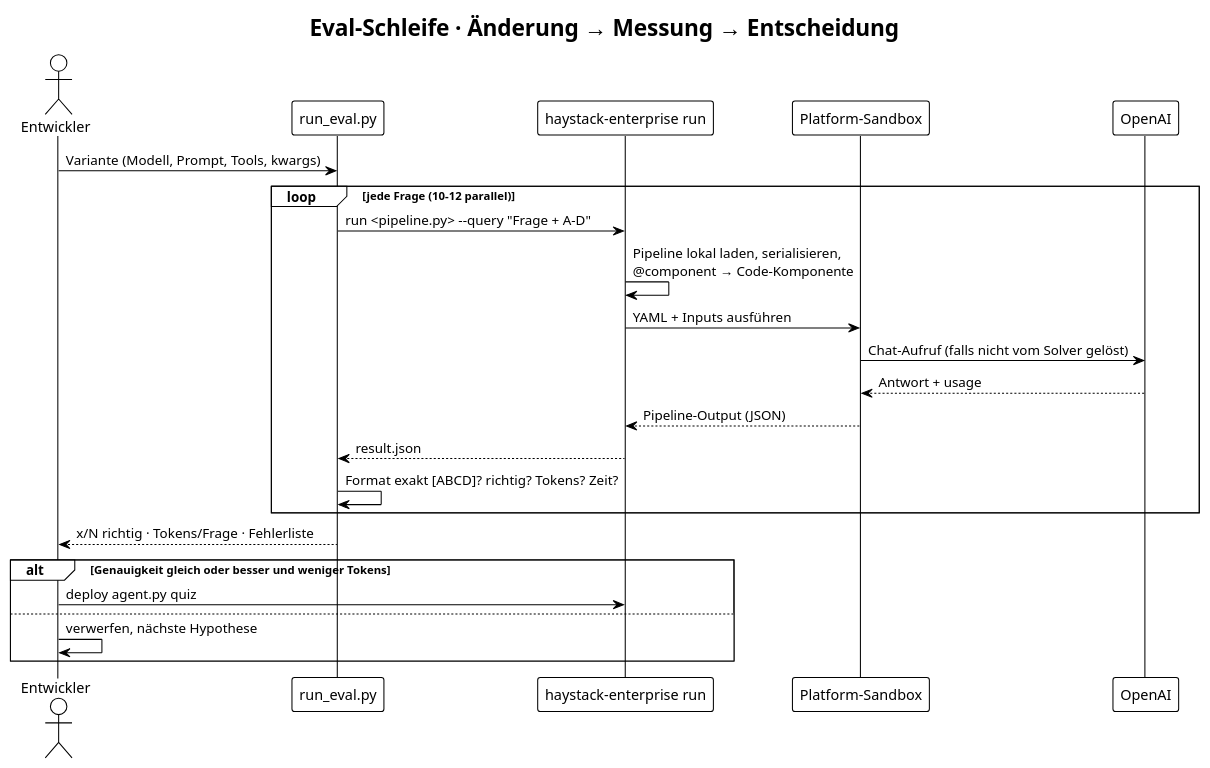
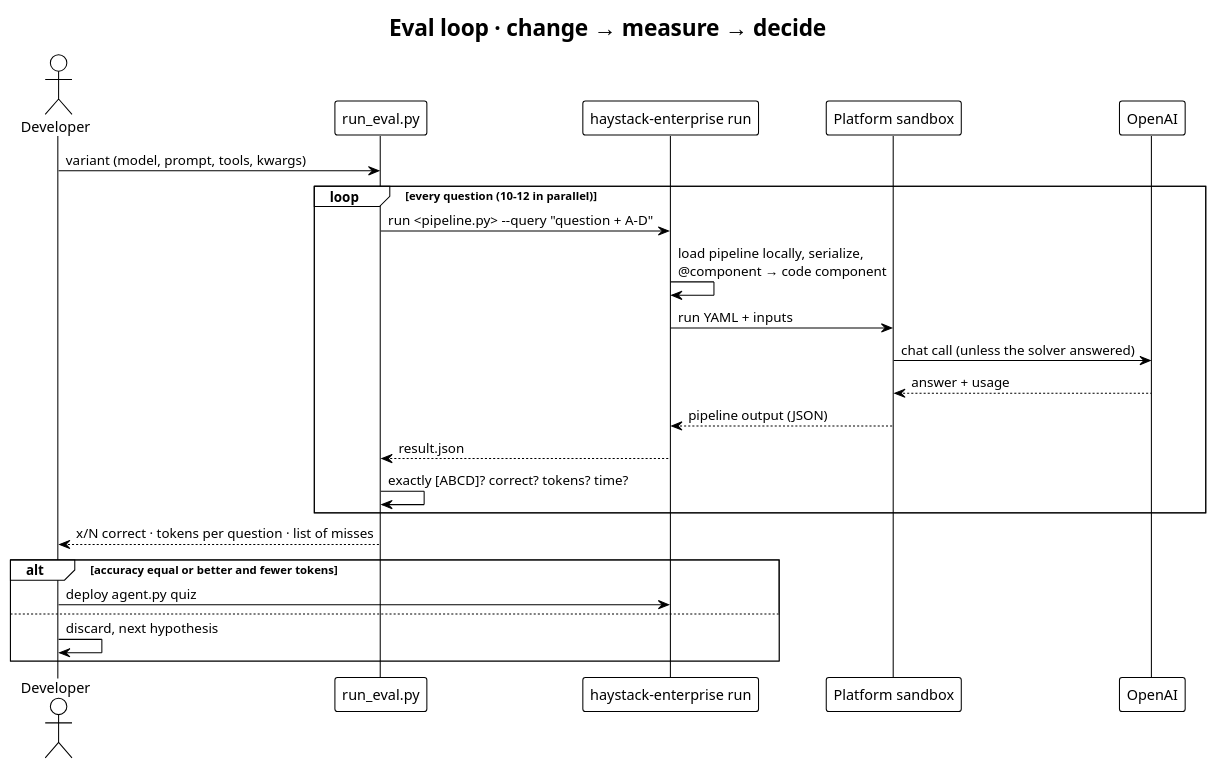
Before and after one commit to ma3u/hacknight: the third of 4 diagrams in docs/STRATEGY.md, drawn with PlantUML. The commit also changed other lines of this file and 21 other files, not shown here.

````diff
--- a/docs/STRATEGY.md
+++ b/docs/STRATEGY.md
@@ -148,31 +148,31 @@
 ```plantuml
 @startuml eval-loop
 !theme plain
 skinparam shadowing false
-title Eval-Schleife · Änderung → Messung → Entscheidung
+title Eval loop · change → measure → decide
 
-actor Entwickler as Dev
+actor Developer as Dev
 participant "run_eval.py" as Eval
 participant "haystack-enterprise run" as CLI
-participant "Platform-Sandbox" as SB
+participant "Platform sandbox" as SB
 participant "OpenAI" as OAI
 
-Dev -> Eval : Variante (Modell, Prompt, Tools, kwargs)
-loop jede Frage (10–12 parallel)
-  Eval -> CLI : run <pipeline.py> --query "Frage + A–D"
-  CLI -> CLI : Pipeline lokal laden, serialisieren,\n@component → Code-Komponente
-  CLI -> SB : YAML + Inputs ausführen
-  SB -> OAI : Chat-Aufruf (falls nicht vom Solver gelöst)
-  OAI --> SB : Antwort + usage
-  SB --> CLI : Pipeline-Output (JSON)
+Dev -> Eval : variant (model, prompt, tools, kwargs)
+loop every question (10–12 in parallel)
+  Eval -> CLI : run <pipeline.py> --query "question + A–D"
+  CLI -> CLI : load pipeline locally, serialize,\n@component → code component
+  CLI -> SB : run YAML + inputs
+  SB -> OAI : chat call (unless the solver answered)
+  OAI --> SB : answer + usage
+  SB --> CLI : pipeline output (JSON)
   CLI --> Eval : result.json
-  Eval -> Eval : Format exakt [ABCD]? richtig? Tokens? Zeit?
+  Eval -> Eval : exactly [ABCD]? correct? tokens? time?
 end
-Eval --> Dev : x/N richtig · Tokens/Frage · Fehlerliste
-alt Genauigkeit gleich oder besser und weniger Tokens
+Eval --> Dev : x/N correct · tokens per question · list of misses
+alt accuracy equal or better and fewer tokens
   Dev -> CLI : deploy agent.py quiz
 else
-  Dev -> Dev : verwerfen, nächste Hypothese
+  Dev -> Dev : discard, next hypothesis
 end
 @enduml
 ```
````
